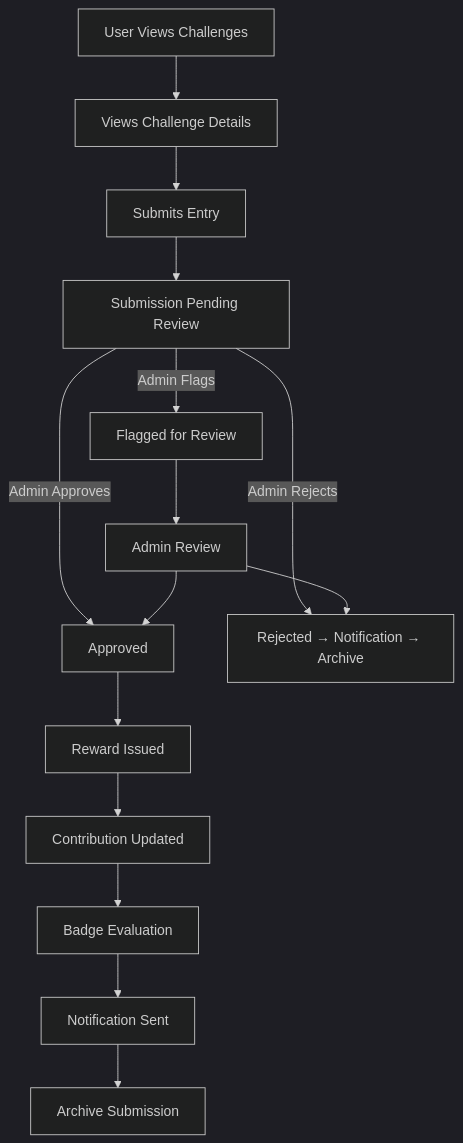
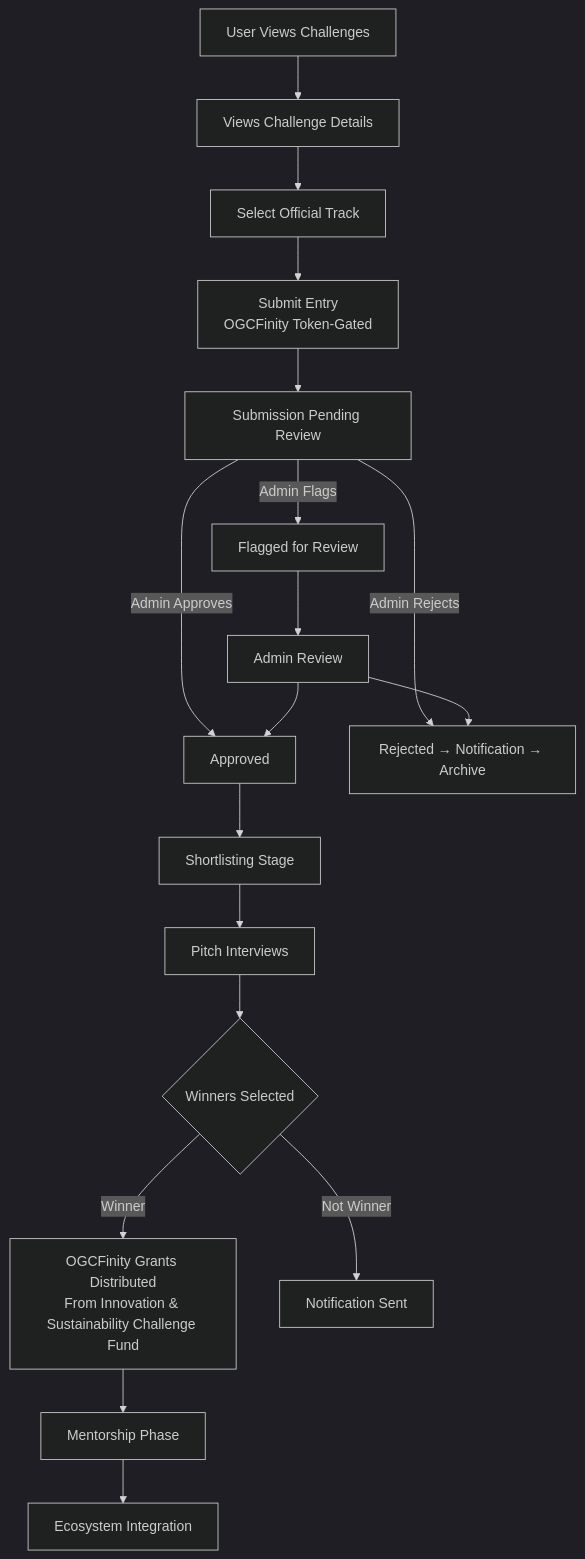
Before and after one commit to WaelOGC/OGC-NewFinity-Palstform: the diagram in docs/flows/challenge-detailed-flow.md, drawn with Mermaid (dark theme). The commit also changed other lines of this file and 327 other files, not shown here.

````diff
--- a/docs/flows/challenge-detailed-flow.md
+++ b/docs/flows/challenge-detailed-flow.md
@@ -265,17 +273,20 @@
 ```mermaid
 flowchart TD
 A[User Views Challenges] --> B[Views Challenge Details]
-B --> C[Submits Entry]
-C --> D[Submission Pending Review]
-D -->|Admin Approves| E[Approved]
-E --> F[Reward Issued]
-F --> G[Contribution Updated]
-G --> H[Badge Evaluation]
-H --> I[Notification Sent]
-I --> J[Archive Submission]
-D -->|Admin Rejects| K[Rejected → Notification → Archive]
-D -->|Admin Flags| L[Flagged for Review]
-L --> M[Admin Review]
-M --> E
-M --> K
+B --> C[Select Official Track]
+C --> D[Submit Entry<br/>OGCFinity Token-Gated]
+D --> E[Submission Pending Review]
+E -->|Admin Approves| F[Approved]
+F --> G[Shortlisting Stage]
+G --> H[Pitch Interviews]
+H --> I{Winners Selected}
+I -->|Winner| J[OGCFinity Grants Distributed<br/>From Innovation & Sustainability Challenge Fund]
+I -->|Not Winner| K[Notification Sent]
+J --> L[Mentorship Phase]
+L --> M[Ecosystem Integration]
+E -->|Admin Rejects| N[Rejected → Notification → Archive]
+E -->|Admin Flags| O[Flagged for Review]
+O --> P[Admin Review]
+P --> F
+P --> N
 ```
````
